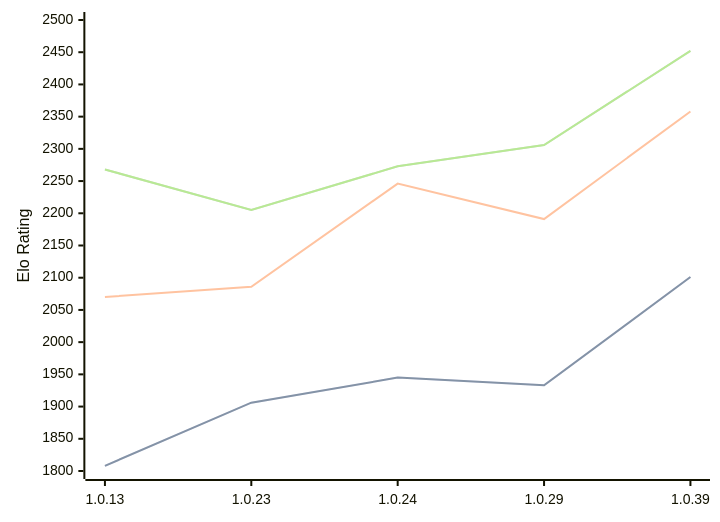
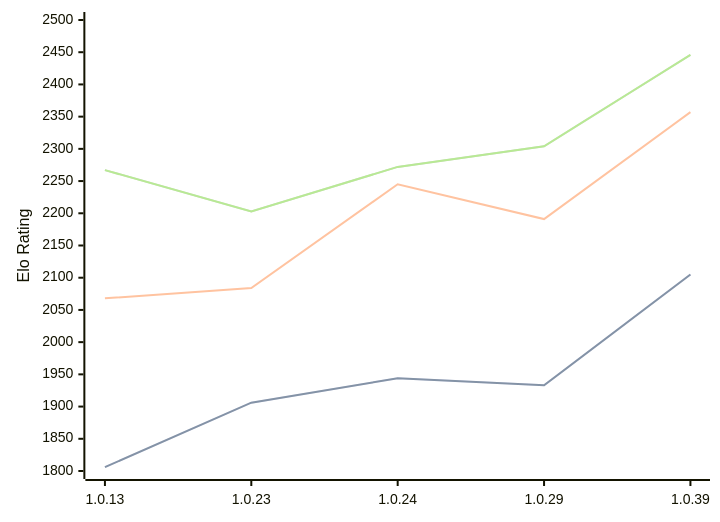
One commit to computer-chess-index/cci changed the diagram in engines/RustyRival.md. Above: the diagram before and after it, drawn with Mermaid. The commit also changed other lines of this file, not shown here.

Commit message:
Update CCI Ratings (ELO VLTC) - 2026-04-17

````diff
--- a/engines/RustyRival.md
+++ b/engines/RustyRival.md
@@ -66,11 +66,11 @@
 ```mermaid
 %%{init: {"theme":"base","themeVariables":{"seriesColors:['#a3a3a3','#222221','#faa371']}}}%%
 xychart-beta
   x-axis ["1.0.13", "1.0.23", "1.0.24", "1.0.29", "1.0.39"]
   y-axis "Elo Rating" 1800 --> 2500
-  line "STC (8.0+0.08s)" [1808, 1906, 1945, 1933, 2101]
-  line "STC (8.0+0.08s)" [1808, 1906, 1945, 1933, 2101]
-  line "LTC (60.0+0.60s)" [2070, 2086, 2246, 2191, 2358]
-  line "VLTC (2m24s+1.12s)" [2268, 2205, 2273, 2306, 2452]
-  line "VLTC (2m24s+1.12s)" [2268, 2205, 2273, 2306, 2452]
+  line "STC (8.0+0.08s)" [1806, 1906, 1944, 1933, 2105]
+  line "STC (8.0+0.08s)" [1806, 1906, 1944, 1933, 2105]
+  line "LTC (60.0+0.60s)" [2068, 2084, 2245, 2191, 2357]
+  line "VLTC (2m24s+1.12s)" [2267, 2203, 2272, 2304, 2446]
+  line "VLTC (2m24s+1.12s)" [2267, 2203, 2272, 2304, 2446]
 ```
````
